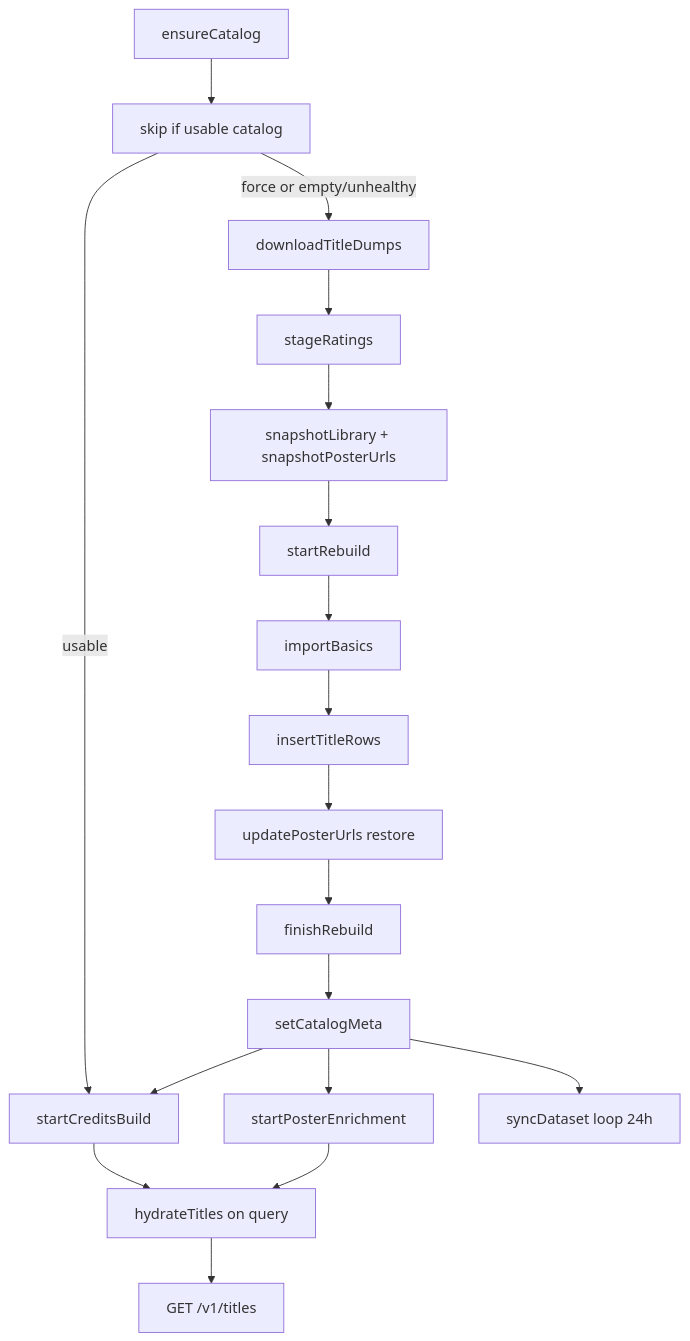
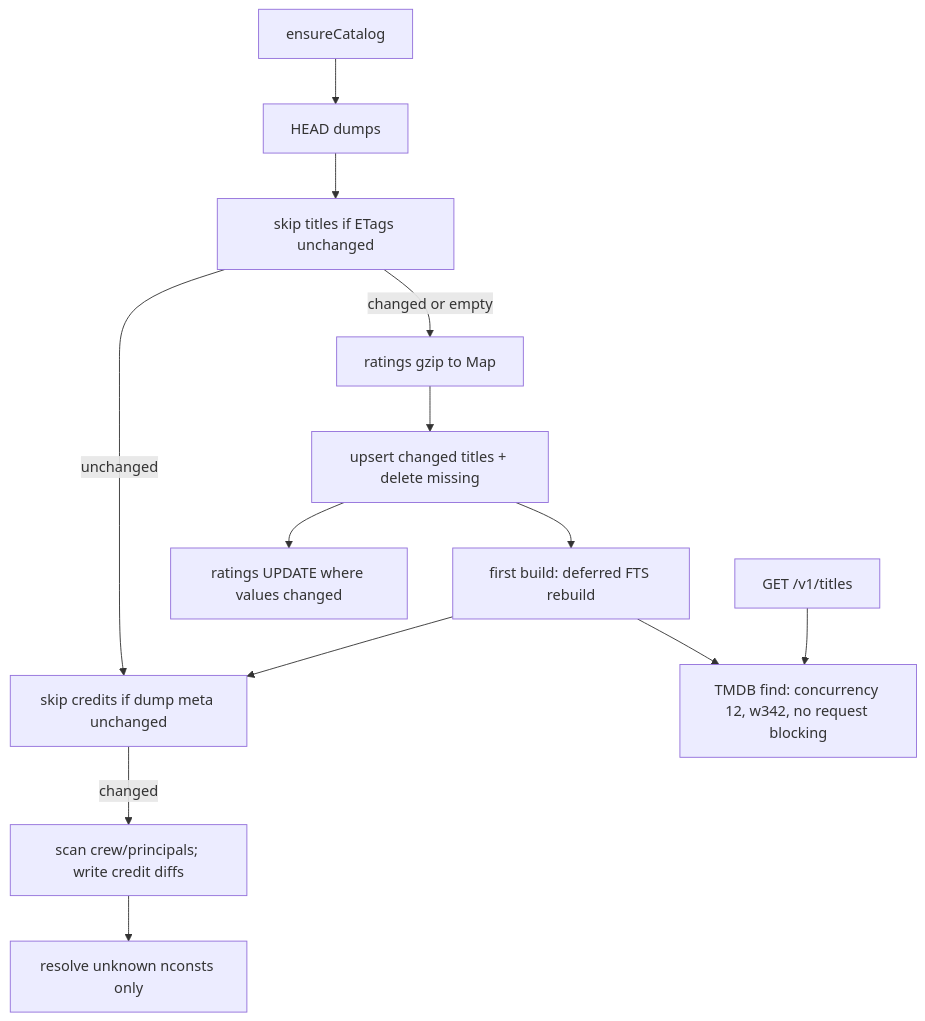
The first of 2 diagrams in docs/cataloguing.md (mattgoespro/rescore), drawn with Mermaid before and after one commit. The commit also changed other lines of this file and 47 other files, not shown here.

````diff
--- a/docs/cataloguing.md
+++ b/docs/cataloguing.md
@@ -271,37 +274,28 @@
 ```mermaid
 flowchart TD
-  ensureCatalog["ensureCatalog"]
-  skipUsable["skip if usable catalog"]
-  downloadTitleDumps["downloadTitleDumps"]
-  stageRatings["stageRatings"]
-  snapshotLibrary["snapshotLibrary + snapshotPosterUrls"]
-  startRebuild["startRebuild"]
-  importBasics["importBasics"]
-  insertTitleRows["insertTitleRows"]
-  restorePosters["updatePosterUrls restore"]
-  finishRebuild["finishRebuild"]
-  setCatalogMeta["setCatalogMeta"]
-  startCreditsBuild["startCreditsBuild"]
-  startPosterEnrichment["startPosterEnrichment"]
-  ratingsSyncLoop["syncDataset loop 24h"]
-  hydrateOnQuery["hydrateTitles on query"]
-  serveV1["GET /v1/titles"]
+  ensure["ensureCatalog"]
+  dumps["HEAD dumps"]
+  skip["skip titles if ETags unchanged"]
+  ratingsMap["ratings gzip to Map"]
+  reconcile["upsert changed titles + delete missing"]
+  ftsFirst["first build: deferred FTS rebuild"]
+  creditsSkip["skip credits if dump meta unchanged"]
+  creditsScan["scan crew/principals; write credit diffs"]
+  names["resolve unknown nconsts only"]
+  ratingsDiff["ratings UPDATE where values changed"]
+  tmdb["TMDB find: concurrency 12, w342, no request blocking"]
+  serve["GET /v1/titles"]
 
-  ensureCatalog --> skipUsable
-  skipUsable -->|"force or empty/unhealthy"| downloadTitleDumps
-  skipUsable -->|"usable"| startCreditsBuild
-  downloadTitleDumps --> stageRatings
-  stageRatings --> snapshotLibrary
-  snapshotLibrary --> startRebuild
-  startRebuild --> importBasics
-  importBasics --> insertTitleRows
-  insertTitleRows --> restorePosters
-  restorePosters --> finishRebuild
-  finishRebuild --> setCatalogMeta
-  setCatalogMeta --> startCreditsBuild
-  setCatalogMeta --> startPosterEnrichment
-  setCatalogMeta --> ratingsSyncLoop
-  startCreditsBuild --> hydrateOnQuery
-  startPosterEnrichment --> hydrateOnQuery
-  hydrateOnQuery --> serveV1
+  ensure --> dumps
+  dumps --> skip
+  skip -->|"changed or empty"| ratingsMap
+  skip -->|"unchanged"| creditsSkip
+  ratingsMap --> reconcile
+  reconcile --> ftsFirst
+  ftsFirst --> creditsSkip
+  creditsSkip -->|"changed"| creditsScan
+  creditsScan --> names
+  reconcile --> ratingsDiff
+  ftsFirst --> tmdb
+  serve --> tmdb
 ```
````
